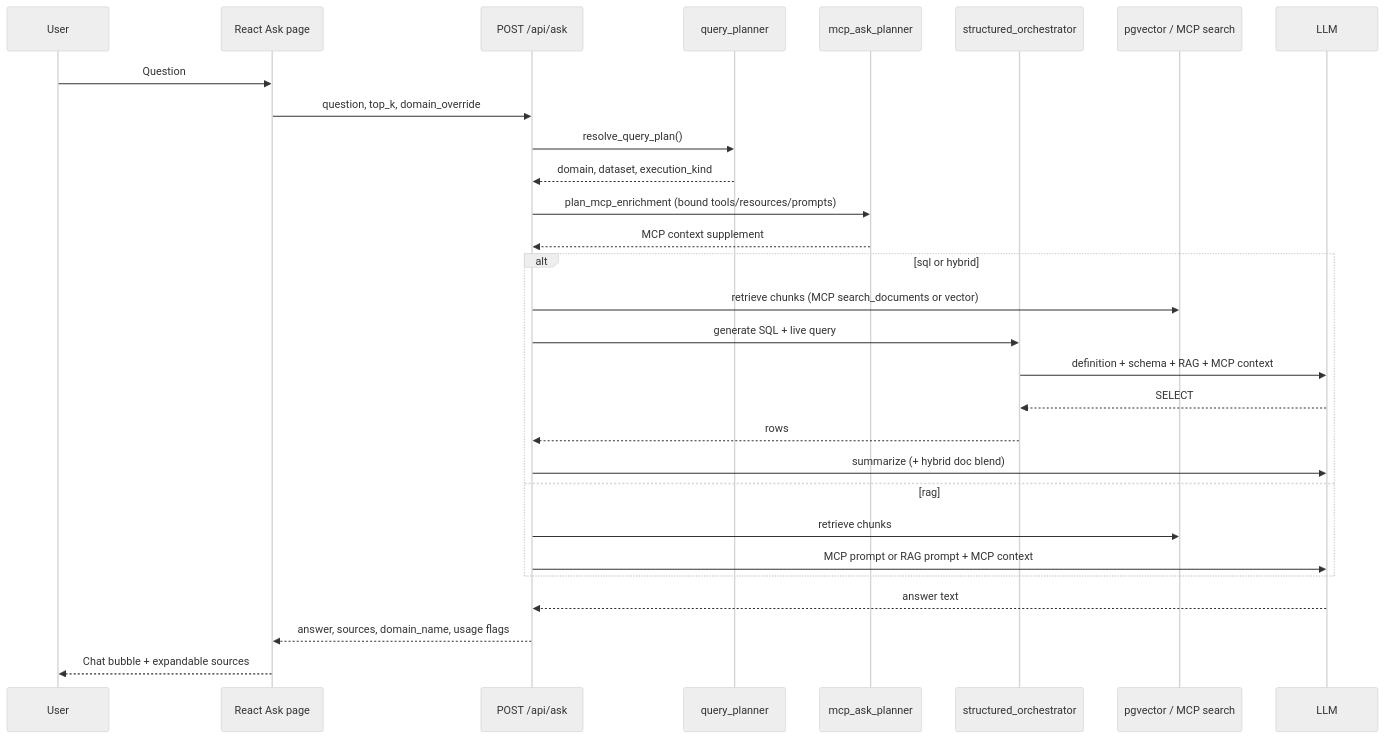
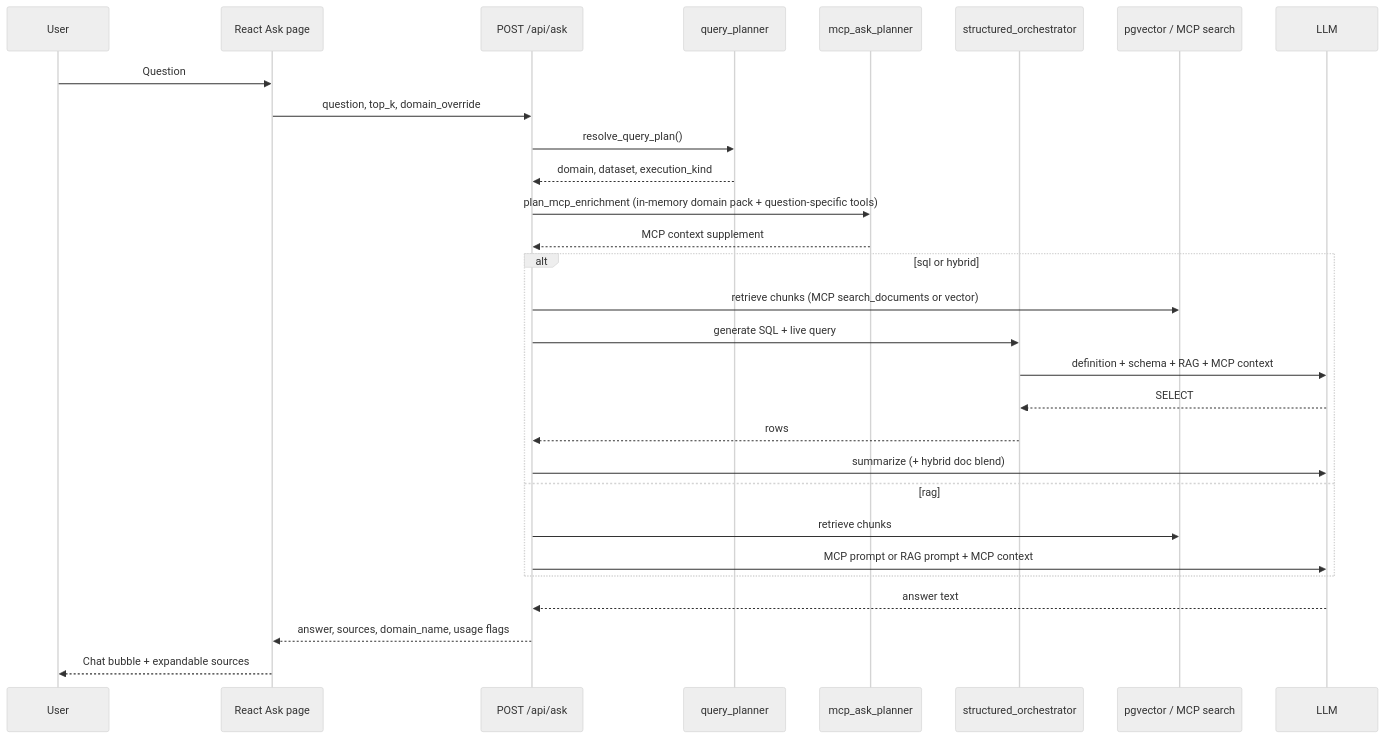
One commit to siva18k/datapro_ai changed the third of 4 diagrams in docs/architecture.md. Above: the diagram before and after it, drawn with Mermaid (neutral theme). The commit also changed other lines of this file and 8 other files, not shown here.

First line of the commit message:
Warm Ask/Analytics domain MCP context in API memory.

````diff
--- a/docs/architecture.md
+++ b/docs/architecture.md
@@ -149,32 +149,32 @@
 ```mermaid
 sequenceDiagram
     participant U as User
     participant W as React Ask page
     participant A as POST /api/ask
     participant P as query_planner
     participant M as mcp_ask_planner
     participant S as structured_orchestrator
     participant V as pgvector / MCP search
     participant L as LLM
 
     U->>W: Question
     W->>A: question, top_k, domain_override
     A->>P: resolve_query_plan()
     P-->>A: domain, dataset, execution_kind
-    A->>M: plan_mcp_enrichment (bound tools/resources/prompts)
+    A->>M: plan_mcp_enrichment (in-memory domain pack + question-specific tools)
     M-->>A: MCP context supplement
     alt sql or hybrid
         A->>V: retrieve chunks (MCP search_documents or vector)
         A->>S: generate SQL + live query
         S->>L: definition + schema + RAG + MCP context
         L-->>S: SELECT
         S-->>A: rows
         A->>L: summarize (+ hybrid doc blend)
     else rag
         A->>V: retrieve chunks
         A->>L: MCP prompt or RAG prompt + MCP context
     end
     L-->>A: answer text
     A-->>W: answer, sources, domain_name, usage flags
     W-->>U: Chat bubble + expandable sources
 ```
````
